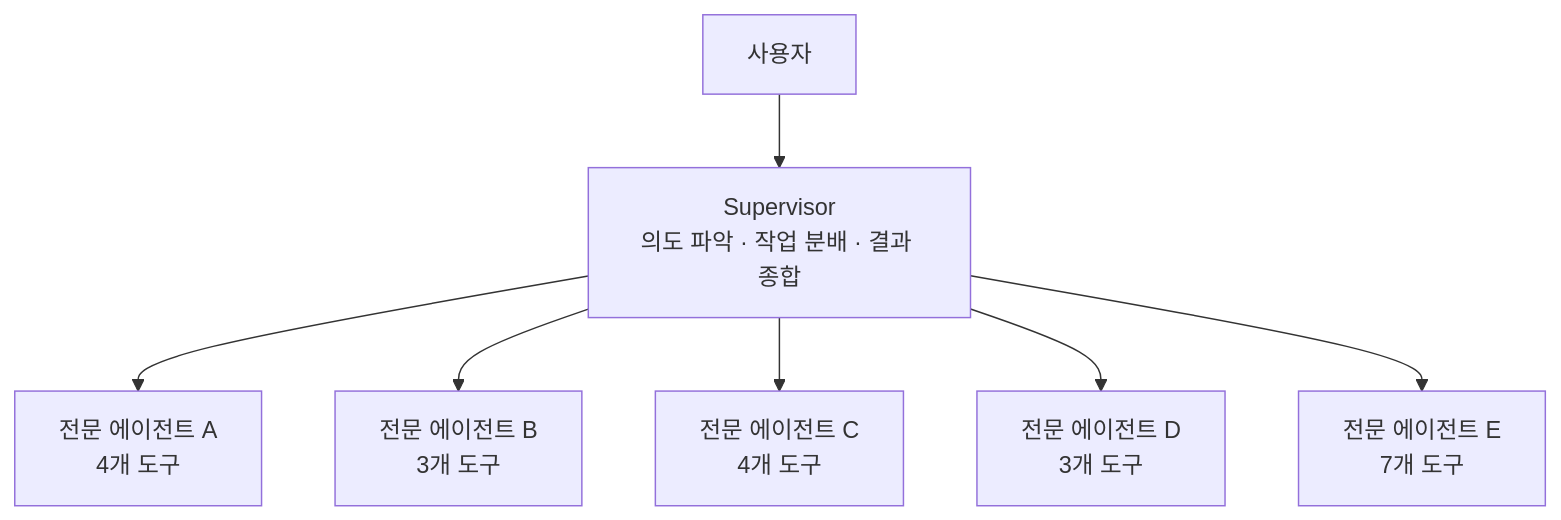
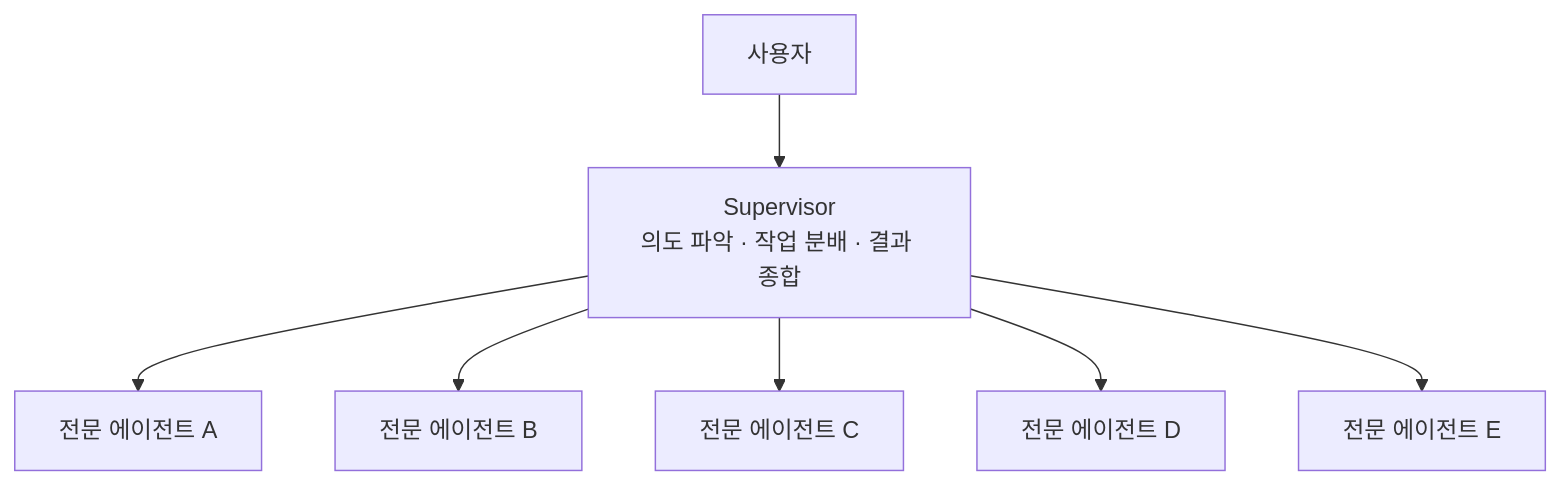
One commit to genie49/genie-cv changed the first of 2 diagrams in data/content/notes/kimpro-harness-engineering.md. Above: the diagram before and after it, drawn with Mermaid. The commit also changed other lines of this file and 19 other files, not shown here.

````diff
--- a/data/content/notes/kimpro-harness-engineering.md
+++ b/data/content/notes/kimpro-harness-engineering.md
@@ -23,9 +23,9 @@
 ```mermaid
 graph TB
     User[사용자] --> AM[Supervisor<br/>의도 파악 · 작업 분배 · 결과 종합]
-    AM --> Sub1[전문 에이전트 A<br/>4개 도구]
-    AM --> Sub2[전문 에이전트 B<br/>3개 도구]
-    AM --> Sub3[전문 에이전트 C<br/>4개 도구]
-    AM --> Sub4[전문 에이전트 D<br/>3개 도구]
-    AM --> Sub5[전문 에이전트 E<br/>7개 도구]
+    AM --> Sub1[전문 에이전트 A]
+    AM --> Sub2[전문 에이전트 B]
+    AM --> Sub3[전문 에이전트 C]
+    AM --> Sub4[전문 에이전트 D]
+    AM --> Sub5[전문 에이전트 E]
 ```
````
